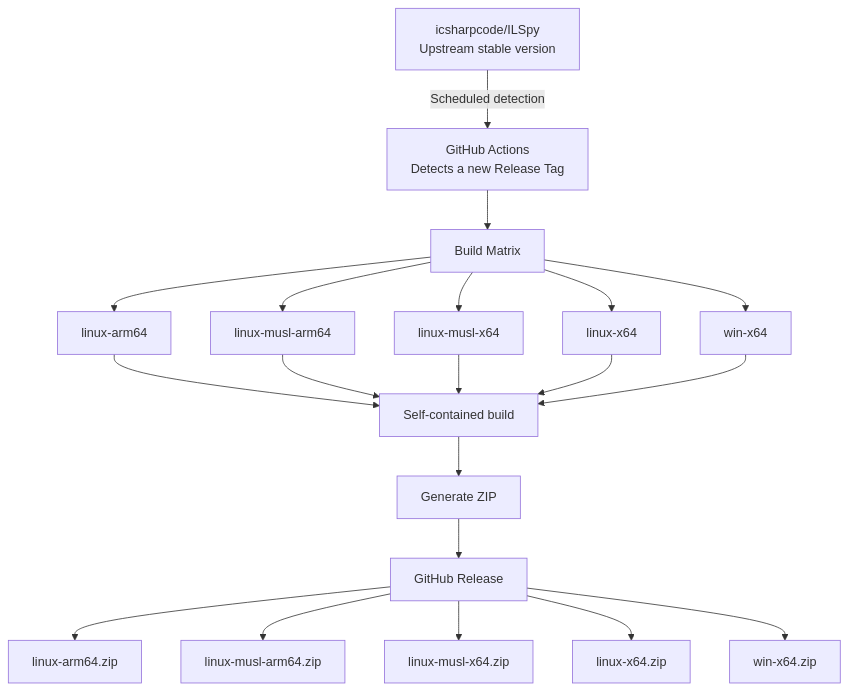
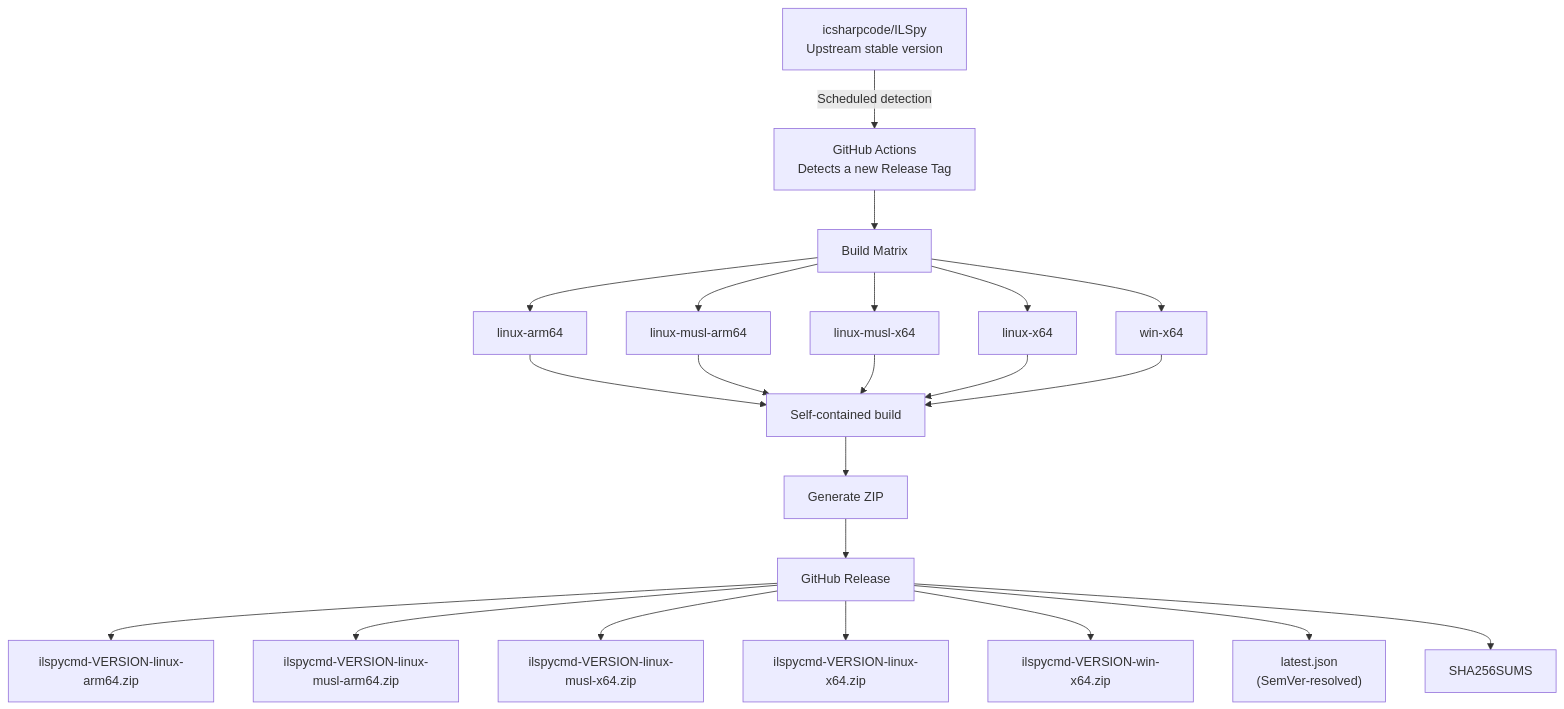
The first of 2 diagrams in README.md (taozhiyu/ILSpy-Binaries), drawn with Mermaid before and after one commit. The commit also changed other lines of this file and 4 other files, not shown here.

First line of the commit message:
feat(latest.json): 引入 SemVer 解析的版本清单 + 内嵌 GPL 许可全文

````diff
--- a/README.md
+++ b/README.md
@@ -64,26 +155,28 @@
 ```mermaid
 flowchart TD
     A["icsharpcode/ILSpy<br/>Upstream stable version"] -->|Scheduled detection| B["GitHub Actions<br/>Detects a new Release Tag"]
     B --> C["Build Matrix"]
 
     C --> D["linux-arm64"]
     C --> E["linux-musl-arm64"]
     C --> F["linux-musl-x64"]
     C --> G["linux-x64"]
     C --> H["win-x64"]
 
     D --> I["Self-contained build"]
     E --> I
     F --> I
     G --> I
     H --> I
 
     I --> J["Generate ZIP"]
     J --> K["GitHub Release"]
 
-    K --> L["linux-arm64.zip"]
-    K --> M["linux-musl-arm64.zip"]
-    K --> N["linux-musl-x64.zip"]
-    K --> O["linux-x64.zip"]
-    K --> P["win-x64.zip"]
+    K --> L["ilspycmd-VERSION-linux-arm64.zip"]
+    K --> M["ilspycmd-VERSION-linux-musl-arm64.zip"]
+    K --> N["ilspycmd-VERSION-linux-musl-x64.zip"]
+    K --> O["ilspycmd-VERSION-linux-x64.zip"]
+    K --> P["ilspycmd-VERSION-win-x64.zip"]
+    K --> Q["latest.json<br/>(SemVer-resolved)"]
+    K --> R["SHA256SUMS"]
 ```
````
